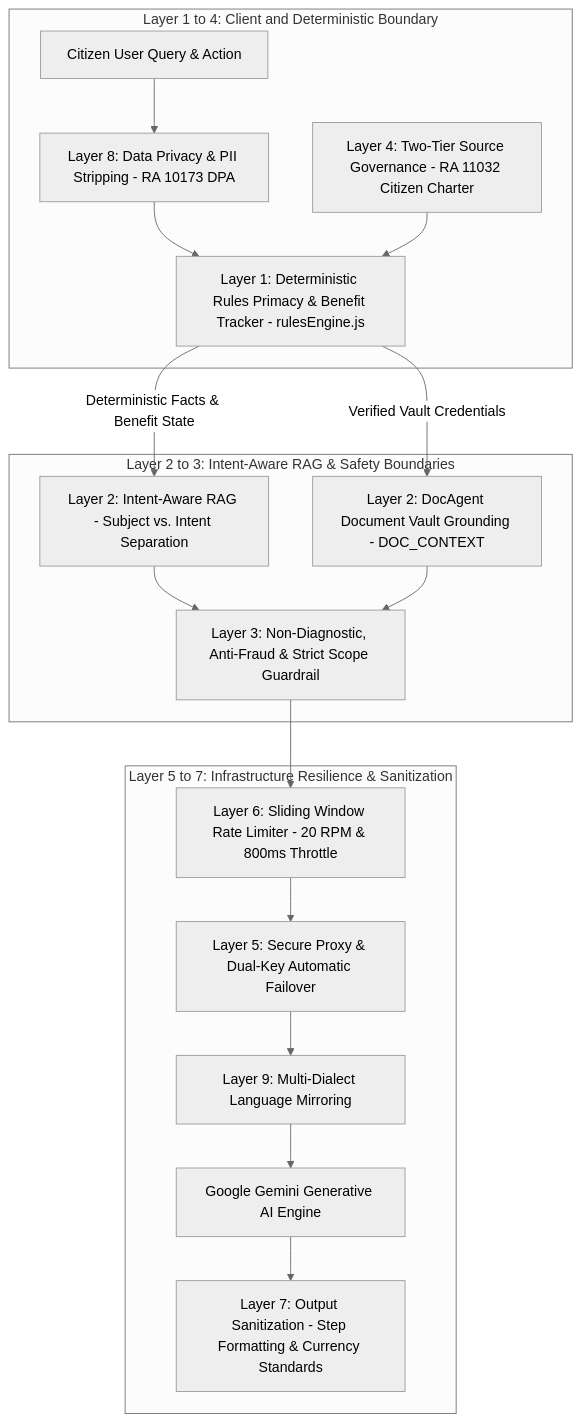
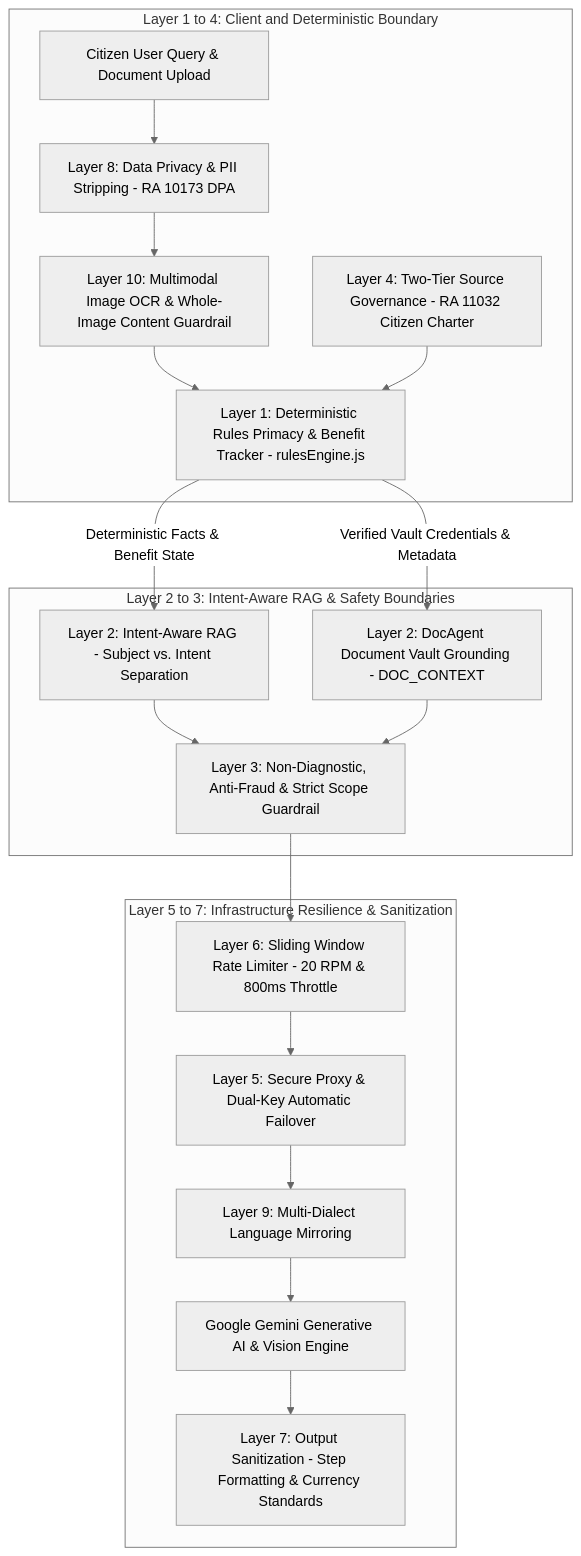
The first of 2 diagrams in AI_GUARDRAILS.md (AdonesMapula/Alalalalalalalay), drawn with Mermaid (neutral theme) before and after one commit. The commit also changed other lines of this file and 11 other files, not shown here.

Commit message:
feat: integrate multimodal vision OCR and image parsing with dynamic autofill, utility bill classification, and updated system documentation

````diff
--- a/AI_GUARDRAILS.md
+++ b/AI_GUARDRAILS.md
@@ -17,33 +17,35 @@
 ```mermaid
 graph TD
     subgraph ClientDeterministic ["Layer 1 to 4: Client and Deterministic Boundary"]
-        USER["Citizen User Query & Action"]
+        USER["Citizen User Query & Document Upload"]
         PRIVACY["Layer 8: Data Privacy & PII Stripping - RA 10173 DPA"]
+        VISION_GUARD["Layer 10: Multimodal Image OCR & Whole-Image Content Guardrail"]
         RULES["Layer 1: Deterministic Rules Primacy & Benefit Tracker - rulesEngine.js"]
         TIER_A["Layer 4: Two-Tier Source Governance - RA 11032 Citizen Charter"]
     end
 
     subgraph RAGGrounding ["Layer 2 to 3: Intent-Aware RAG & Safety Boundaries"]
         RAG_INTENT["Layer 2: Intent-Aware RAG - Subject vs. Intent Separation"]
         RAG_LOCKER["Layer 2: DocAgent Document Vault Grounding - DOC_CONTEXT"]
         CLINICAL_GUARD["Layer 3: Non-Diagnostic, Anti-Fraud & Strict Scope Guardrail"]
     end
 
     subgraph InfraResilience ["Layer 5 to 7: Infrastructure Resilience & Sanitization"]
         RATE_LIMIT["Layer 6: Sliding Window Rate Limiter - 20 RPM & 800ms Throttle"]
         FAILOVER["Layer 5: Secure Proxy & Dual-Key Automatic Failover"]
         OUTPUT_CLEAN["Layer 7: Output Sanitization - Step Formatting & Currency Standards"]
         LANG_MIRROR["Layer 9: Multi-Dialect Language Mirroring"]
-        GEMINI["Google Gemini Generative AI Engine"]
+        GEMINI["Google Gemini Generative AI & Vision Engine"]
     end
 
     USER --> PRIVACY
-    PRIVACY --> RULES
+    PRIVACY --> VISION_GUARD
+    VISION_GUARD --> RULES
     TIER_A --> RULES
     RULES -->|Deterministic Facts & Benefit State| RAG_INTENT
-    RULES -->|Verified Vault Credentials| RAG_LOCKER
+    RULES -->|Verified Vault Credentials & Metadata| RAG_LOCKER
     RAG_INTENT --> CLINICAL_GUARD
     RAG_LOCKER --> CLINICAL_GUARD
     CLINICAL_GUARD --> RATE_LIMIT
     RATE_LIMIT --> FAILOVER --> LANG_MIRROR --> GEMINI --> OUTPUT_CLEAN
 ```
````
